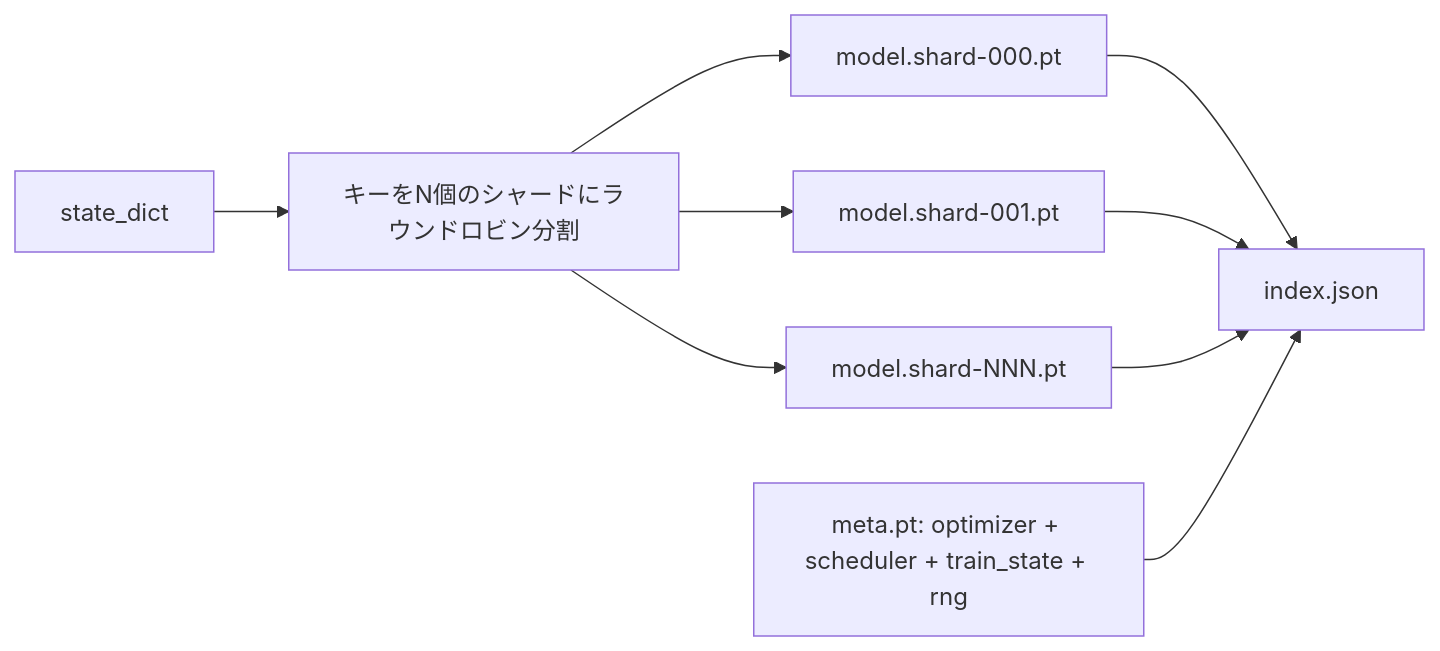
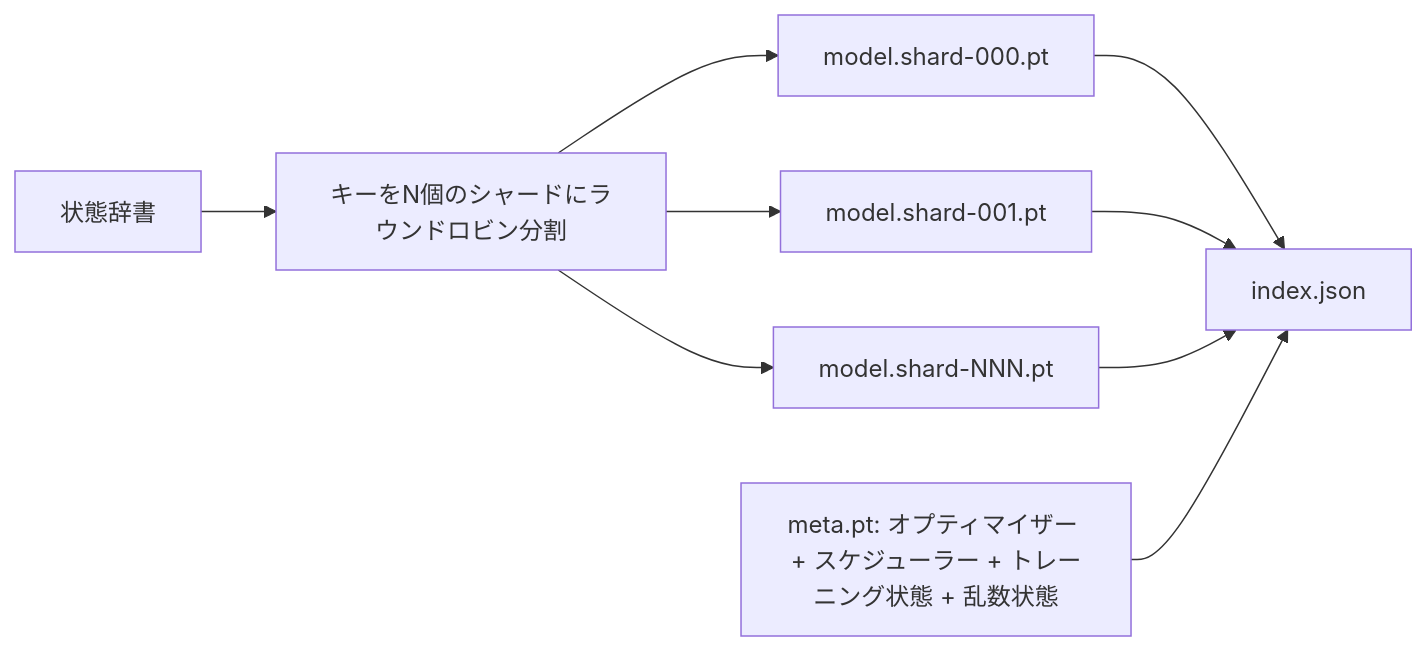
One commit to shoshoshomen/synapse-academy changed the third of 3 diagrams in content/phases/19-capstone-projects/47-checkpoint-save-resume/lesson.ja.md. Above: the diagram before and after it, drawn with Mermaid. The commit also changed other lines of this file and 124 other files, not shown here.

First line of the commit message:
feat(i18n): mermaid図のラベルを日本語化(194レッスン/374図)

````diff
--- a/content/phases/19-capstone-projects/47-checkpoint-save-resume/lesson.ja.md
+++ b/content/phases/19-capstone-projects/47-checkpoint-save-resume/lesson.ja.md
@@ -61,11 +61,11 @@
 ```mermaid
 flowchart LR
-  state[state_dict] --> split[キーをN個のシャードにラウンドロビン分割]
-  split --> s0[model.shard-000.pt]
-  split --> s1[model.shard-001.pt]
-  split --> sN[model.shard-NNN.pt]
-  s0 --> idx[index.json]
+  state["状態辞書"] --> split["キーをN個のシャードにラウンドロビン分割"]
+  split --> s0["model.shard-000.pt"]
+  split --> s1["model.shard-001.pt"]
+  split --> sN["model.shard-NNN.pt"]
+  s0 --> idx["index.json"]
   s1 --> idx
   sN --> idx
-  meta[meta.pt: optimizer + scheduler + train_state + rng] --> idx
+  meta["meta.pt: オプティマイザー + スケジューラー + トレーニング状態 + 乱数状態"] --> idx
 ```
````
